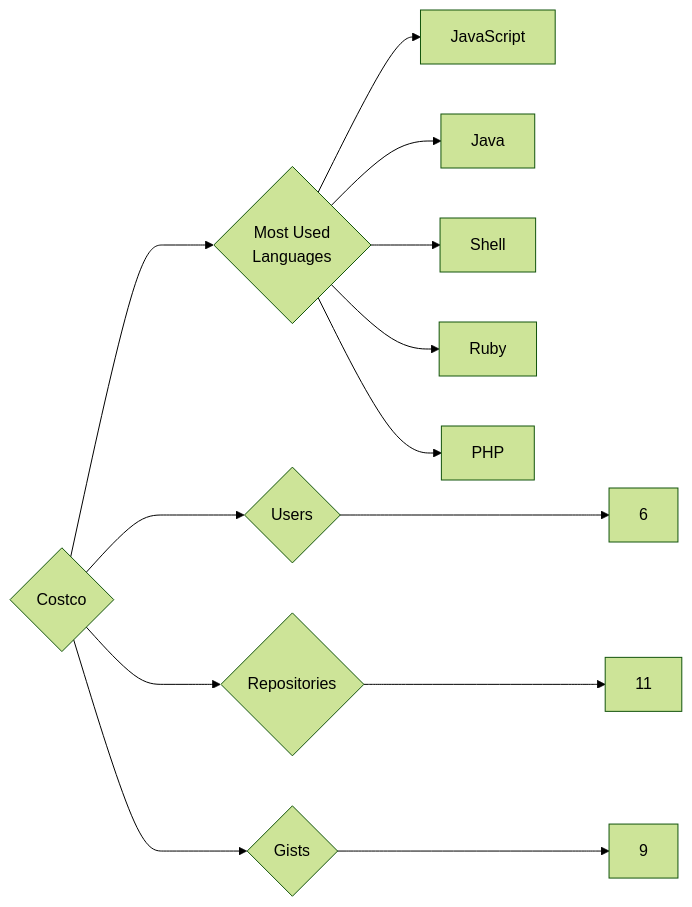
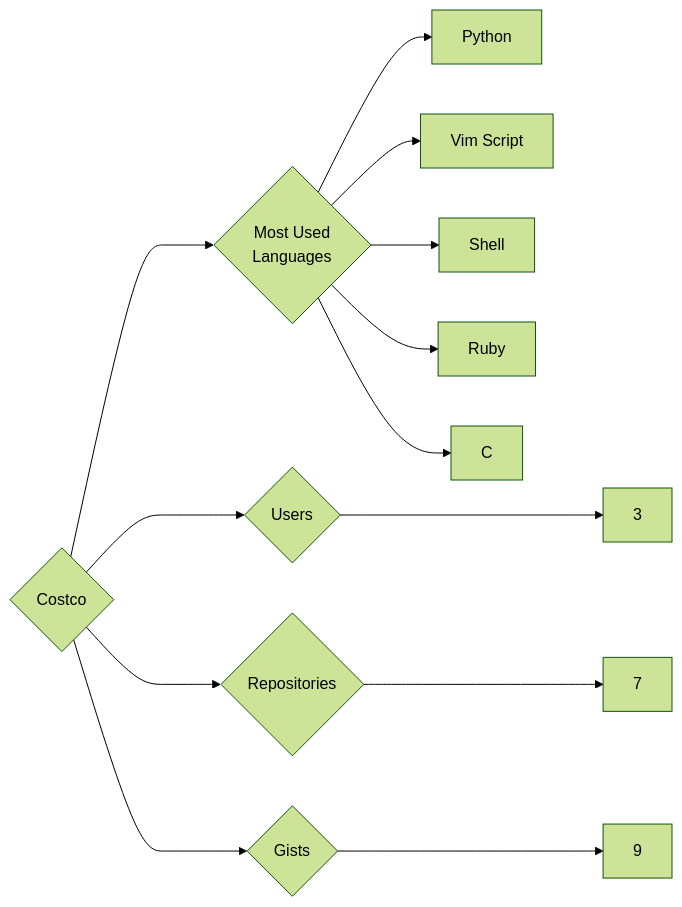
One commit to trickest/insiders changed the diagram in targets/Costco/README.md. Above: the diagram before and after it, drawn with Mermaid (forest theme). The commit also changed 640 other files, not shown here.

````diff
--- a/targets/Costco/README.md
+++ b/targets/Costco/README.md
@@ -3,13 +3,13 @@
 ```mermaid
 graph LR
 COMPANY_NAME{Costco}
-COMPANY_NAME ---> U{Users} ---> UN[6]
-COMPANY_NAME ---> R{Repositories} ---> RN[11]
+COMPANY_NAME ---> U{Users} ---> UN[3]
+COMPANY_NAME ---> R{Repositories} ---> RN[7]
 COMPANY_NAME ---> G{Gists} ---> GN[9]
 COMPANY_NAME ---> ML{Most Used<br>Languages}
-ML --> JavaScript[JavaScript]
-ML --> Java[Java]
+ML --> Python[Python]
+ML --> Vim_Script[Vim Script]
 ML --> Shell[Shell]
 ML --> Ruby[Ruby]
-ML --> PHP[PHP]
+ML --> C[C]
 ```
````
